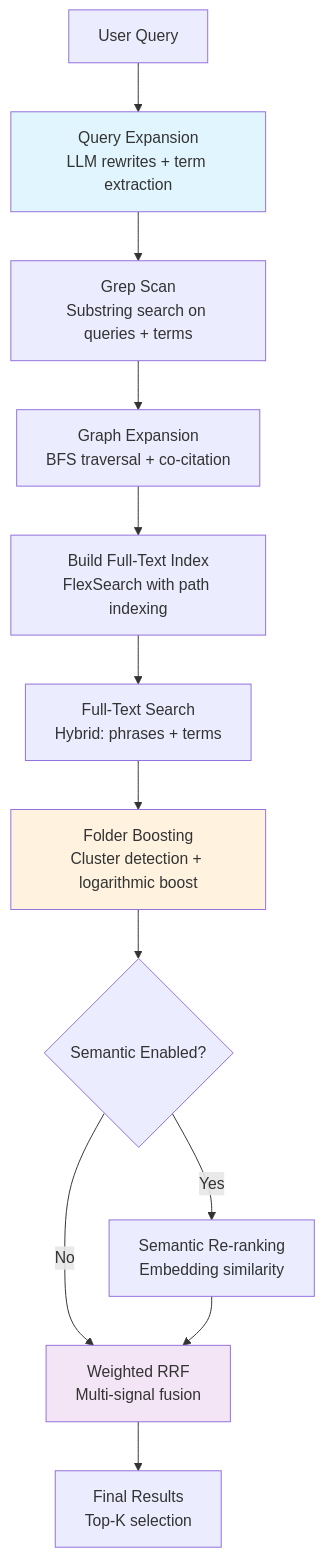
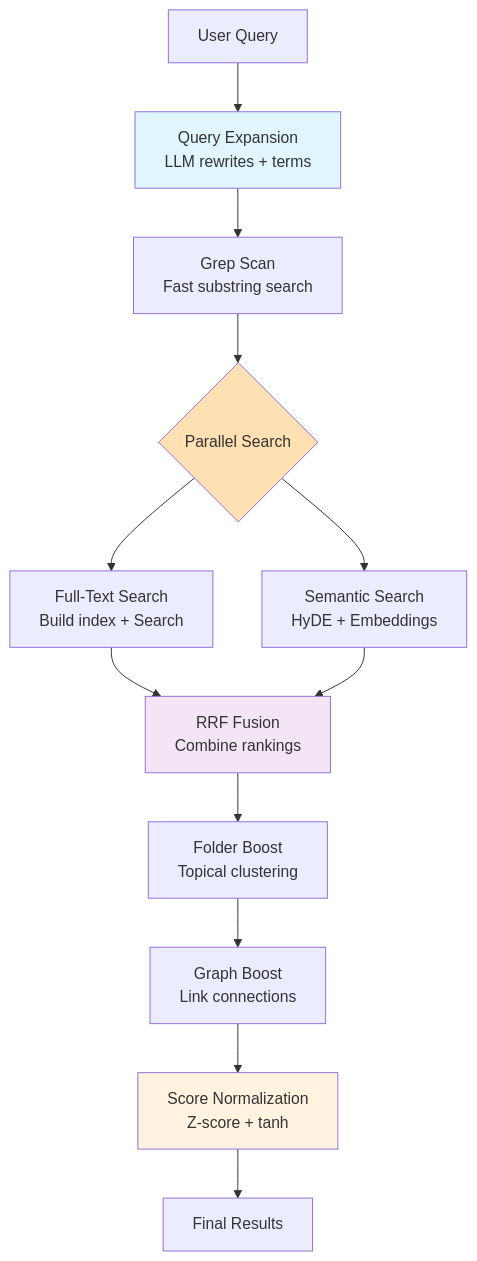
Before and after one commit to logancyang/obsidian-copilot: the diagram in src/search/v3/README.md, drawn with Mermaid. The commit also changed other lines of this file and 46 other files, not shown here.

````diff
--- a/src/search/v3/README.md
+++ b/src/search/v3/README.md
@@ -92,18 +7,19 @@
 ```mermaid
 graph TD
-    A[User Query] --> B[Query Expansion<br/>LLM rewrites + term extraction]
-    B --> C[Grep Scan<br/>Substring search on queries + terms]
-    C --> D[Graph Expansion<br/>BFS traversal + co-citation]
-    D --> E[Build Full-Text Index<br/>FlexSearch with path indexing]
-    E --> F[Full-Text Search<br/>Hybrid: phrases + terms]
-    F --> FB[Folder Boosting<br/>Cluster detection + logarithmic boost]
-    FB --> G{Semantic Enabled?}
-    G -->|Yes| H[Semantic Re-ranking<br/>Embedding similarity]
-    G -->|No| I[Weighted RRF<br/>Multi-signal fusion]
-    H --> I
-    I --> J[Final Results<br/>Top-K selection]
+    A[User Query] --> B[Query Expansion<br/>LLM rewrites + terms]
+    B --> C[Grep Scan<br/>Fast substring search]
+    C --> D{Parallel Search}
+    D --> E[Full-Text Search<br/>Build index + Search]
+    D --> F[Semantic Search<br/>HyDE + Embeddings]
+    E --> G[RRF Fusion<br/>Combine rankings]
+    F --> G
+    G --> H[Folder Boost<br/>Topical clustering]
+    H --> I[Graph Boost<br/>Link connections]
+    I --> J[Score Normalization<br/>Z-score + tanh]
+    J --> K[Final Results]
 
     style B fill:#e1f5fe
-    style FB fill:#fff3e0
-    style I fill:#f3e5f5
+    style D fill:#ffe0b2
+    style G fill:#f3e5f5
+    style J fill:#fff3e0
 ```
````
